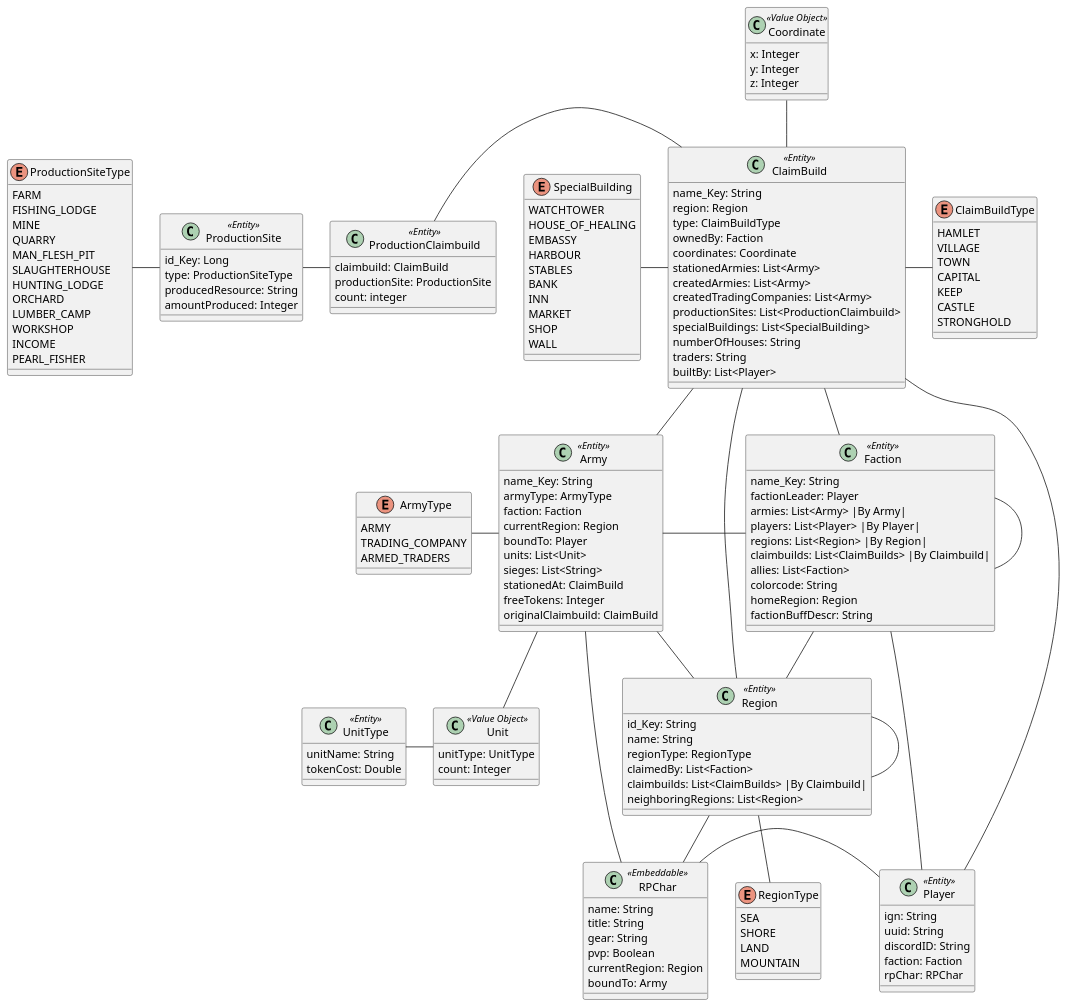
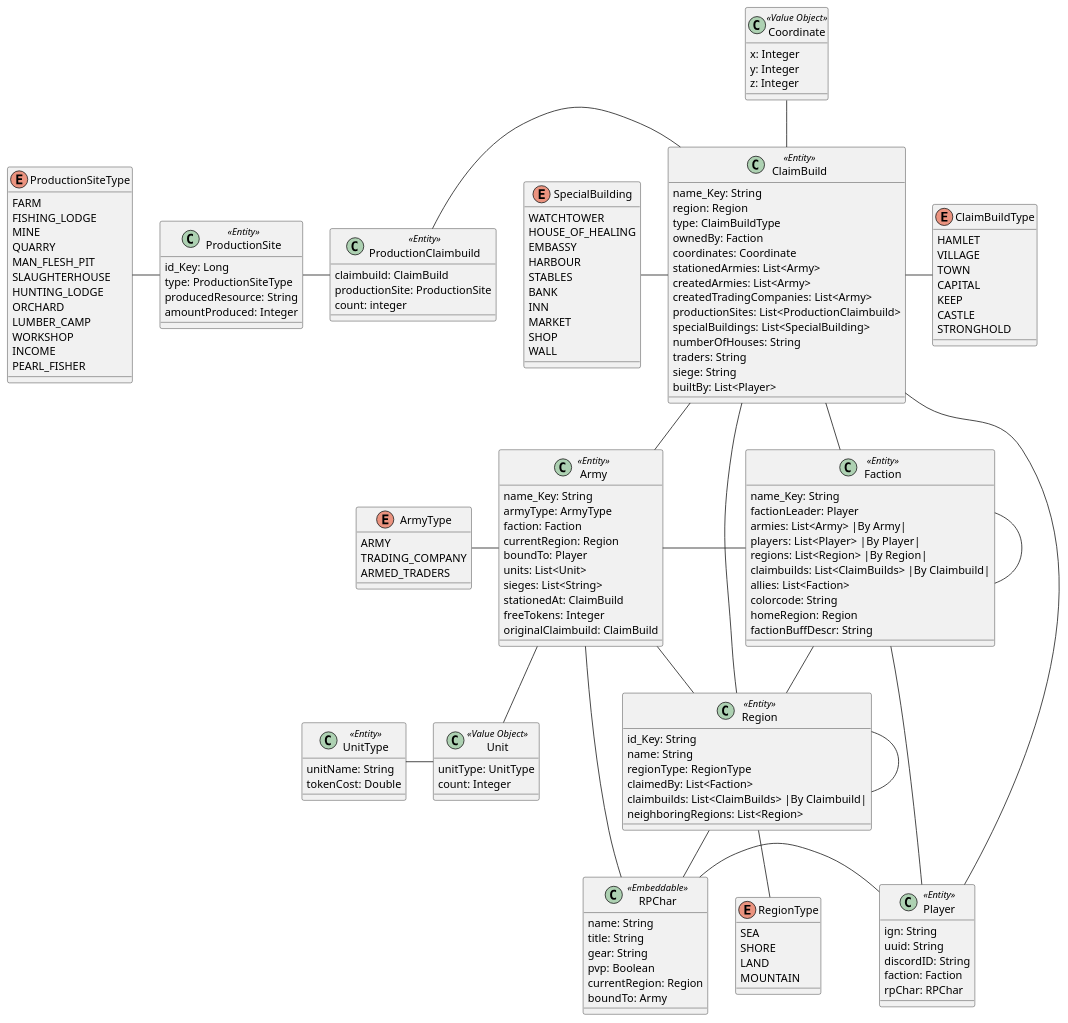
The diagram in ALSpringBackend/src/main/puml/ArdasLegendsDomain.puml (Team-KekX/Ardas-Legends-App), drawn with PlantUML before and after one commit. The commit also changed 9 other files, not shown here.

```diff
--- a/ALSpringBackend/src/main/puml/ArdasLegendsDomain.puml
+++ b/ALSpringBackend/src/main/puml/ArdasLegendsDomain.puml
@@ -1,183 +1,184 @@
 @startuml
 class Region <<Entity>> {
     id_Key: String
     name: String
     regionType: RegionType
     claimedBy: List<Faction>
     claimbuilds: List<ClaimBuilds> |By Claimbuild|
     neighboringRegions: List<Region>
 }
 
 enum RegionType {
     SEA
     SHORE
     LAND
     MOUNTAIN
 }
 
 class ClaimBuild <<Entity>> {
     name_Key: String
     region: Region
     type: ClaimBuildType
     ownedBy: Faction
     coordinates: Coordinate
     stationedArmies: List<Army>
     createdArmies: List<Army>
     createdTradingCompanies: List<Army>
     productionSites: List<ProductionClaimbuild>
     specialBuildings: List<SpecialBuilding>
     numberOfHouses: String
     traders: String
+    siege: String
     builtBy: List<Player>
 }
 
 enum ClaimBuildType {
     HAMLET
     VILLAGE
     TOWN
     CAPITAL
     KEEP
     CASTLE
     STRONGHOLD
 }
 
 class Faction <<Entity>> {
     name_Key: String
     factionLeader: Player
     armies: List<Army> |By Army|
     players:  List<Player> |By Player|
     regions: List<Region> |By Region|
     claimbuilds: List<ClaimBuilds> |By Claimbuild|
     allies: List<Faction>
     colorcode: String
     homeRegion: Region
     factionBuffDescr: String
 }
 
 class Player <<Entity>> {
     ign: String
     uuid: String
     discordID: String
     faction: Faction
     rpChar: RPChar
 }
 
 class RPChar <<Embeddable>> {
     name: String
     title: String
     gear: String
     pvp: Boolean
     currentRegion: Region
     boundTo: Army
 }
 
 class Coordinate <<Value Object>> {
     x: Integer
     y: Integer
     z: Integer
 }
 
 class ProductionSite <<Entity>> {
     id_Key: Long
     type: ProductionSiteType
     producedResource: String
     amountProduced: Integer
 }
 
 class ProductionClaimbuild <<Entity>> {
     claimbuild: ClaimBuild
     productionSite: ProductionSite
     count: integer
 }
 
 enum ProductionSiteType {
     FARM
     FISHING_LODGE
     MINE
     QUARRY
     MAN_FLESH_PIT
     SLAUGHTERHOUSE
     HUNTING_LODGE
     ORCHARD
     LUMBER_CAMP
     WORKSHOP
     INCOME
     PEARL_FISHER
 }
 
 enum SpecialBuilding {
     WATCHTOWER
     HOUSE_OF_HEALING
     EMBASSY
     HARBOUR
     STABLES
     BANK
     INN
     MARKET
     SHOP
     WALL
 }
 
 class Army <<Entity>> {
     name_Key: String
     armyType: ArmyType
     faction: Faction
     currentRegion: Region
     boundTo: Player
     units: List<Unit>
     sieges: List<String>
     stationedAt: ClaimBuild
     freeTokens: Integer
     originalClaimbuild: ClaimBuild
 }
 
 enum ArmyType {
     ARMY
     TRADING_COMPANY
     ARMED_TRADERS
 }
 
 class Unit <<Value Object>> {
     unitType: UnitType
     count: Integer
 }
 
 class UnitType <<Entity>> {
     unitName: String
     tokenCost: Double
 }
 
 Region -  ClaimBuild
 Region - Region
 Region -down- RPChar
 RegionType -up- Region
 
 Faction -down- Region
 Faction -right Player
 Faction -left Army
 Faction -up- ClaimBuild
 Faction - Faction
 
 ClaimBuild - Player
 ClaimBuild -right- ClaimBuildType
 ClaimBuild -up- Coordinate
 ClaimBuild - Army
 
 ProductionSite - ProductionClaimbuild
 ProductionClaimbuild - ClaimBuild
 SpecialBuilding - ClaimBuild
 
 ProductionSite -left- ProductionSiteType
 
 
 RPChar - Player
 
 Army -down- Unit
 Army - Region
 Army - RPChar
 
 ArmyType - Army
 
 UnitType - Unit
 
 @enduml
```
